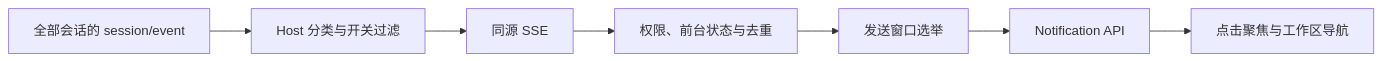
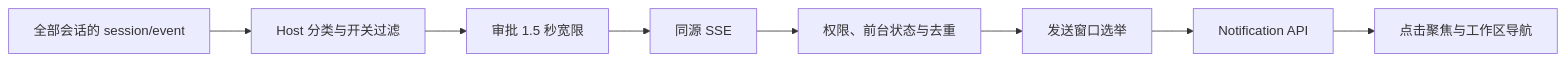
Before and after one commit to Ycet/dsh-notifications: the diagram in README.md, drawn with Mermaid. The commit also changed other lines of this file and 19 other files, not shown here.

````diff
--- a/README.md
+++ b/README.md
@@ -101,9 +142,10 @@
 ```mermaid
 flowchart LR
     E["全部会话的 session/event"] --> C["Host 分类与开关过滤"]
-    C --> S["同源 SSE"]
+    C --> G["审批 1.5 秒宽限"]
+    G --> S["同源 SSE"]
     S --> F["权限、前台状态与去重"]
     F --> L["发送窗口选举"]
     L --> N["Notification API"]
     N --> O["点击聚焦与工作区导航"]
 ```
````
